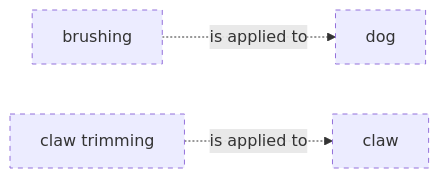
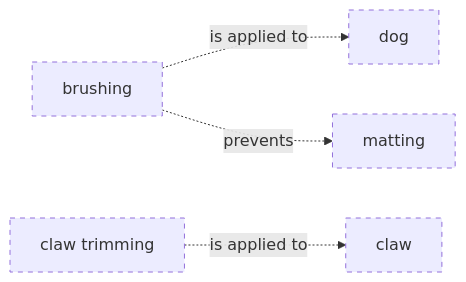
One commit to belaboros/DomainAiAssistant changed diagram 28 of 44 in data/ontology-pets-and-house-rules/03_release/00_raw/level-3.md. Above: the diagram before and after it, drawn with Mermaid. The commit also changed other lines of this file and 291 other files, not shown here.

````diff
--- a/data/ontology-pets-and-house-rules/03_release/00_raw/level-3.md
+++ b/data/ontology-pets-and-house-rules/03_release/00_raw/level-3.md
@@ -318,11 +555,13 @@
 ```mermaid
 flowchart LR
     classDef draft stroke-dasharray: 5 5
     cn_01M82AEQW4JVCNX0WEDNNR61W1["brushing"]
     cn_01M82AEQW4JVCNX0WEDNNR61W4["claw"]
     cn_01M82AEQW4JVCNX0WEDNNR61W2["claw trimming"]
     cn_01M82AC66KMJH32E2MQ3Z7ZBKM["dog"]
+    cn_01M82AWHXAYC5J29RJ6Y82HD43["matting"]
     cn_01M82AEQW4JVCNX0WEDNNR61W1 -. "is applied to" .-> cn_01M82AC66KMJH32E2MQ3Z7ZBKM
+    cn_01M82AEQW4JVCNX0WEDNNR61W1 -. "prevents" .-> cn_01M82AWHXAYC5J29RJ6Y82HD43
     cn_01M82AEQW4JVCNX0WEDNNR61W2 -. "is applied to" .-> cn_01M82AEQW4JVCNX0WEDNNR61W4
-    class cn_01M82AEQW4JVCNX0WEDNNR61W1,cn_01M82AEQW4JVCNX0WEDNNR61W4,cn_01M82AEQW4JVCNX0WEDNNR61W2,cn_01M82AC66KMJH32E2MQ3Z7ZBKM draft
+    class cn_01M82AEQW4JVCNX0WEDNNR61W1,cn_01M82AEQW4JVCNX0WEDNNR61W4,cn_01M82AEQW4JVCNX0WEDNNR61W2,cn_01M82AC66KMJH32E2MQ3Z7ZBKM,cn_01M82AWHXAYC5J29RJ6Y82HD43 draft
 ```
````
